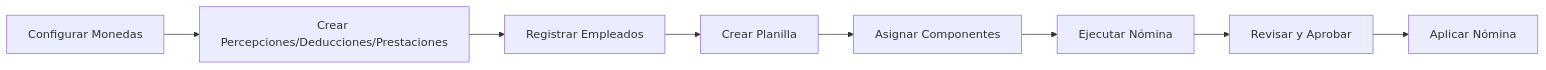
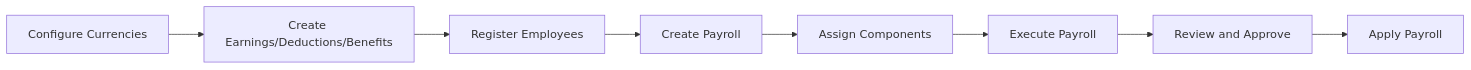
One commit to williamjmorenor/coati-payroll changed the diagram in README.md. Above: the diagram before and after it, drawn with Mermaid. The commit also changed other lines of this file and 3 other files, not shown here.

````diff
--- a/README.md
+++ b/README.md
@@ -367,10 +372,10 @@
 ```mermaid
 graph LR
-    A[Configurar Monedas] --> B[Crear Percepciones/Deducciones/Prestaciones]
-    B --> C[Registrar Empleados]
-    C --> D[Crear Planilla]
-    D --> E[Asignar Componentes]
-    E --> F[Ejecutar Nómina]
-    F --> G[Revisar y Aprobar]
-    G --> H[Aplicar Nómina]
+    A[Configure Currencies] --> B[Create Earnings/Deductions/Benefits]
+    B --> C[Register Employees]
+    C --> D[Create Payroll]
+    D --> E[Assign Components]
+    E --> F[Execute Payroll]
+    F --> G[Review and Approve]
+    G --> H[Apply Payroll]
 ```
````
